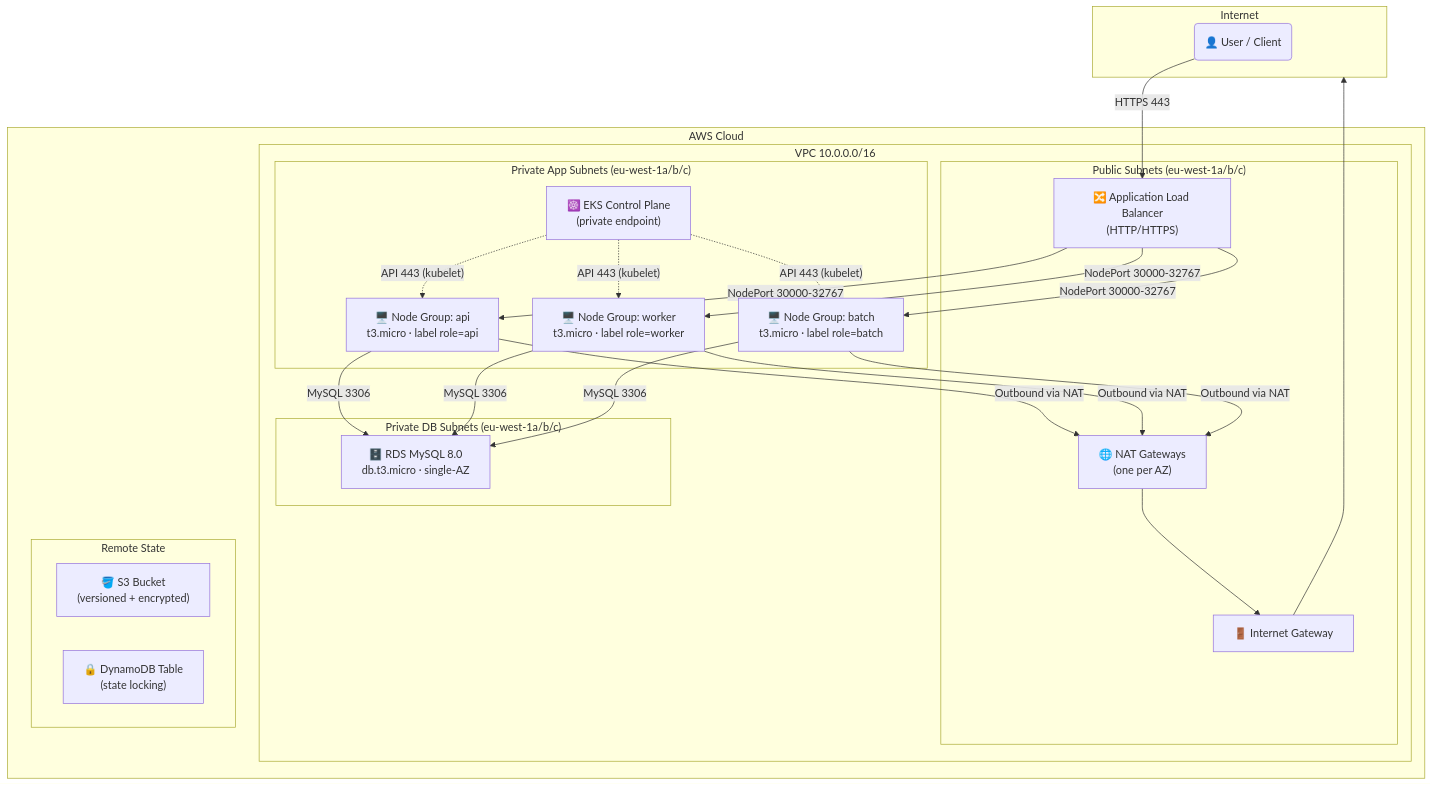
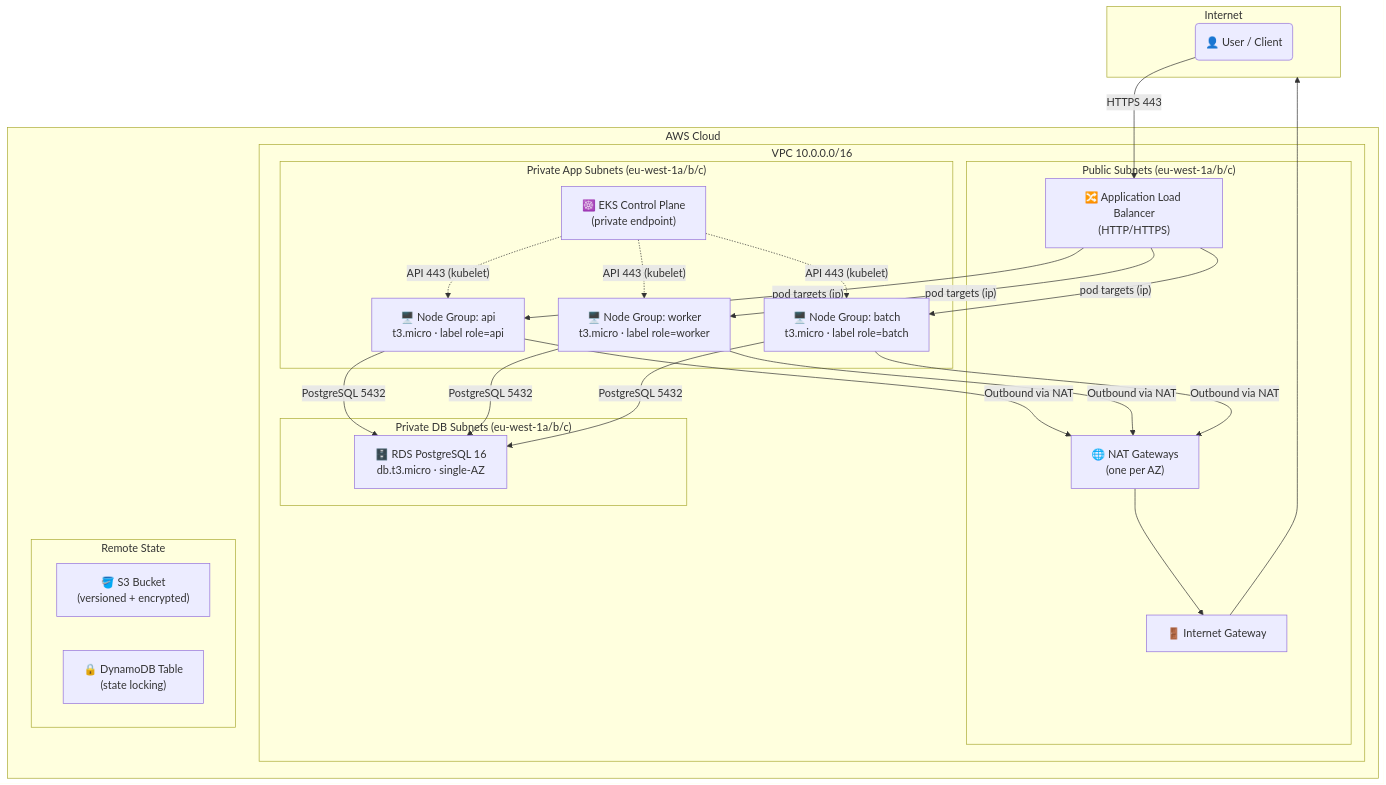
The first of 7 diagrams in terraform/README.md (Github-Arun-Repo/terraform-labs), drawn with Mermaid before and after one commit. The commit also changed other lines of this file and 87 other files, not shown here.

````diff
--- a/terraform/README.md
+++ b/terraform/README.md
@@ -29,43 +29,43 @@
 ```mermaid
 %%{init: {'theme':'default','flowchart':{'useMaxWidth':true,'htmlLabels':true}}}%%
 graph TB
 	subgraph Internet
 		USER(👤 User / Client)
 	end
 
 	subgraph AWS Cloud
 		subgraph VPC["VPC  10.0.0.0/16"]
 
 			subgraph PUB["Public Subnets (eu-west-1a/b/c)"]
 				ALB["🔀 Application Load Balancer\n(HTTP/HTTPS)"]
 				NAT["🌐 NAT Gateways\n(one per AZ)"]
 				IGW["🚪 Internet Gateway"]
 			end
 
 			subgraph APP["Private App Subnets (eu-west-1a/b/c)"]
 				EKS["☸️ EKS Control Plane\n(private endpoint)"]
 				NG1["🖥️ Node Group: api\nt3.micro · label role=api"]
 				NG2["🖥️ Node Group: worker\nt3.micro · label role=worker"]
 				NG3["🖥️ Node Group: batch\nt3.micro · label role=batch"]
 			end
 
 			subgraph DB["Private DB Subnets (eu-west-1a/b/c)"]
-				RDS["🗄️ RDS MySQL 8.0\ndb.t3.micro · single-AZ"]
+				RDS["🗄️ RDS PostgreSQL 16\ndb.t3.micro · single-AZ"]
 			end
 		end
 
 		subgraph STATE["Remote State"]
 			S3["🪣 S3 Bucket\n(versioned + encrypted)"]
 			DDB["🔒 DynamoDB Table\n(state locking)"]
 		end
 	end
 
 	USER -->|"HTTPS 443"| ALB
-	ALB -->|"NodePort 30000-32767"| NG1
-	ALB -->|"NodePort 30000-32767"| NG2
-	ALB -->|"NodePort 30000-32767"| NG3
-	NG1 & NG2 & NG3 -->|"MySQL 3306"| RDS
+	ALB -->|"pod targets (ip)"| NG1
+	ALB -->|"pod targets (ip)"| NG2
+	ALB -->|"pod targets (ip)"| NG3
+	NG1 & NG2 & NG3 -->|"PostgreSQL 5432"| RDS
 	NG1 & NG2 & NG3 -->|"Outbound via NAT"| NAT
 	NAT --> IGW --> Internet
 	EKS -.->|"API 443 (kubelet)"| NG1 & NG2 & NG3
 ```
````
